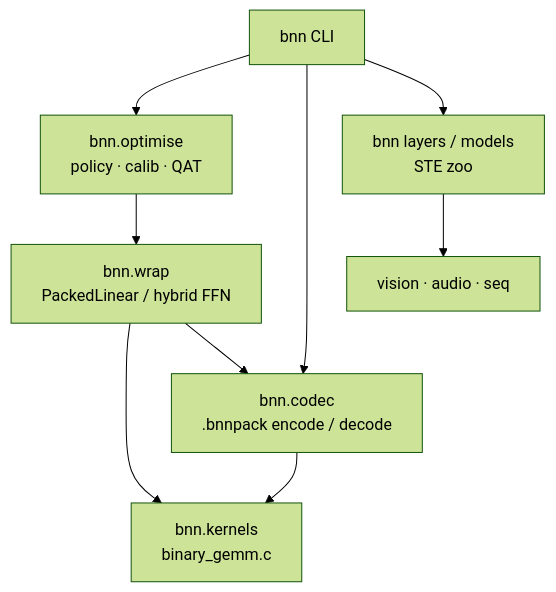
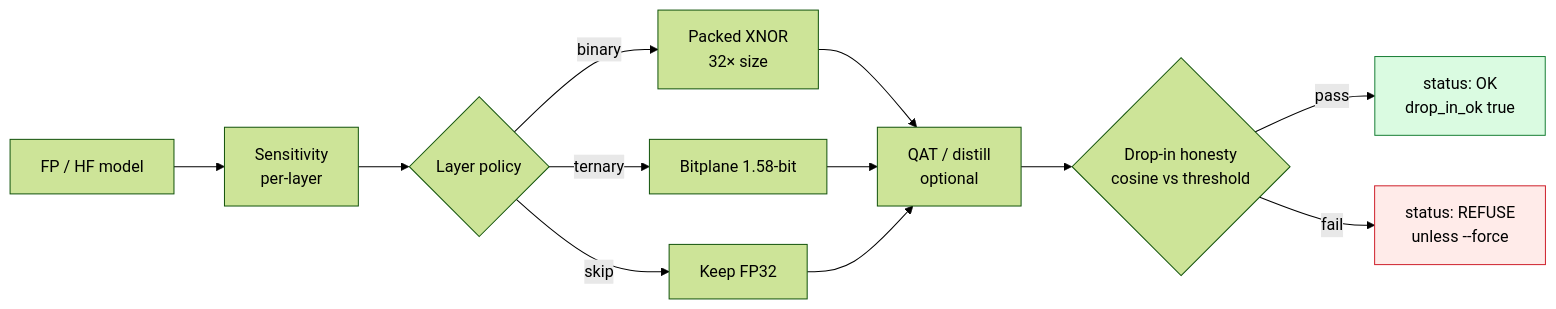
Before and after one commit to KanakMalpani/Binary-Neural-Networks: the fourth of 8 diagrams in README.md, drawn with Mermaid (forest theme). The commit also changed other lines of this file and 16 other files, not shown here.

````diff
--- a/README.md
+++ b/README.md
@@ -166,19 +224,16 @@
 ```mermaid
-flowchart TB
-  CLI["bnn CLI"]
-  OPT["bnn.optimise<br/>policy · calib · QAT"]
-  WRAP["bnn.wrap<br/>PackedLinear / hybrid FFN"]
-  CODEC["bnn.codec<br/>.bnnpack encode / decode"]
-  KER["bnn.kernels<br/>binary_gemm.c"]
-  STEZ["bnn layers / models<br/>STE zoo"]
-  VIS["vision · audio · seq"]
-
-  CLI --> OPT
-  CLI --> CODEC
-  CLI --> STEZ
-  OPT --> WRAP
-  WRAP --> KER
-  CODEC --> KER
-  STEZ --> VIS
-  WRAP --> CODEC
+flowchart LR
+  M["FP / HF model"] --> Sens["Sensitivity<br/>per-layer"]
+  Sens --> Pol{"Layer policy"}
+  Pol -->|"binary"| Bin["Packed XNOR<br/>32× size"]
+  Pol -->|"ternary"| Ter["Bitplane 1.58-bit"]
+  Pol -->|"skip"| Skip["Keep FP32"]
+  Bin --> Rec["QAT / distill<br/>optional"]
+  Ter --> Rec
+  Skip --> Rec
+  Rec --> Gate{"Drop-in honesty<br/>cosine vs threshold"}
+  Gate -->|"pass"| OK["status: OK<br/>drop_in_ok true"]
+  Gate -->|"fail"| RF["status: REFUSE<br/>unless --force"]
+  style OK fill:#dafbe1,stroke:#1a7f37
+  style RF fill:#ffebe9,stroke:#cf222e
 ```
````
